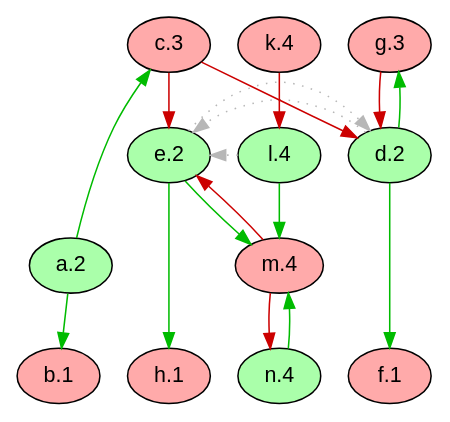
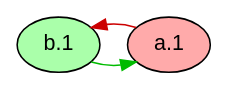
One commit to idaks/Games-and-Argumentation changed the diagram in lib/graphs/game_pw1_graph_colored.dot. Above: the diagram before and after it, drawn with Graphviz. The commit also changed 26 other files, not shown here.

```diff
--- a/lib/graphs/game_pw1_graph_colored.dot
+++ b/lib/graphs/game_pw1_graph_colored.dot
@@ -1,41 +1,14 @@
 digraph G {
   rankdir="TB"
   node [shape=oval style=filled fontname=Helvetica fontsize=14]
   node [fillcolor="#AAFFAA" fontcolor="#000000"] 
-       a[label="a.2"] 
-       l[label="l.4"] 
-       d[label="d.2"] 
-       e[label="e.2"] 
-       n[label="n.4"]
+       b[label="b.1"]
   node [fillcolor="#FFAAAA" fontcolor="#000000"] 
-       c[label="c.3"] 
-       b[label="b.1"] 
-       k[label="k.4"] 
-       m[label="m.4"] 
-       f[label="f.1"] 
-       g[label="g.3"] 
-       h[label="h.1"]
+       a[label="a.1"]
   edge [dir=forward color="#00BB00" style="solid"]
-        "a" -> "c" 
+        "b" -> "a" 
+  edge [dir=forward color="#CC0000" style="solid"]
         "a" -> "b" 
-        "l" -> "m" 
-        "e" -> "m" 
-        "d" -> "f" 
-        "d" -> "g" 
-        "e" -> "h" 
-        "n" -> "m" 
-  edge [dir=forward color="#CC0000" style="solid"]
-        "k" -> "l" 
-        "c" -> "d" 
-        "c" -> "e" 
-        "m" -> "e" 
-        "g" -> "d" 
-        "m" -> "n" 
-  edge [dir=forward color="#b7b7b7" style="dotted" constraint=false]
-        "l" -> "e" 
-        "d" -> "e" 
-        "e" -> "d" 
 
-  {rank = max b f h}
-  {rank = min c g}
+  {rank = max b a}
 }
```
